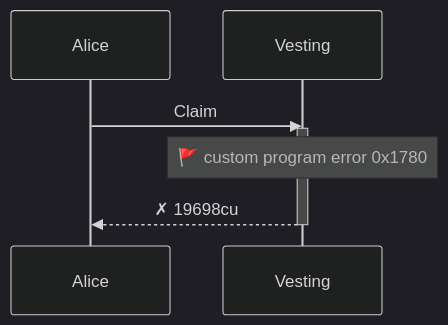
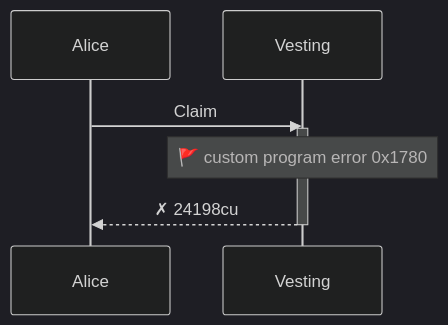
Diagram 19 of 36 in babelfish-tests/test-report/full_lifecycle.md (cds-turbin3/vesting-position), drawn with Mermaid (dark theme) before and after one commit. The commit also changed other lines of this file and 106 other files, not shown here.

````diff
--- a/babelfish-tests/test-report/full_lifecycle.md
+++ b/babelfish-tests/test-report/full_lifecycle.md
@@ -832,10 +855,10 @@
 ```mermaid
 sequenceDiagram
     participant p0 as Alice
     participant p1 as Vesting
     p0->>p1: Claim
     activate p1
     note over p1: 🚩 custom program error  0x1780
-    p1-->>p0: ✗ 19698cu
+    p1-->>p0: ✗ 24198cu
     deactivate p1
 ```
````
